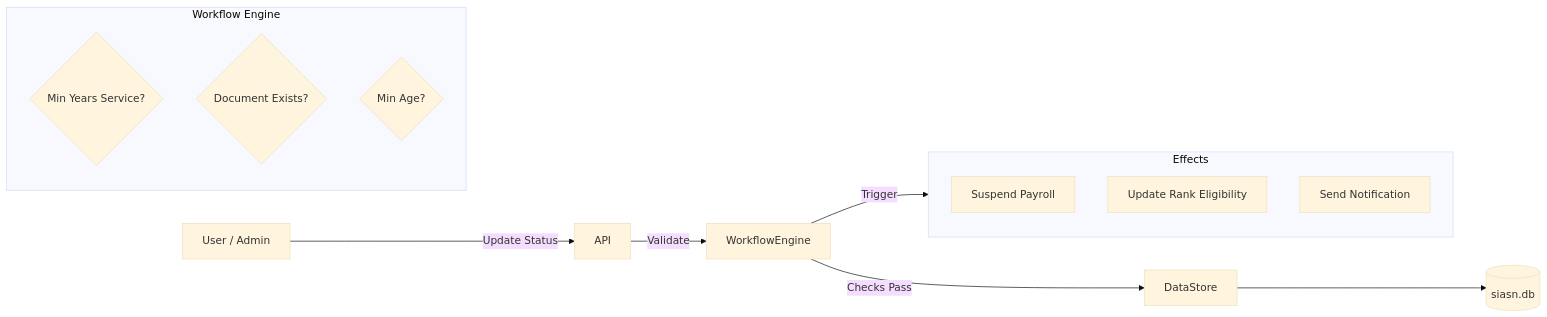
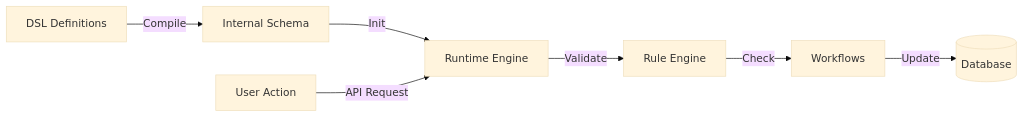
The diagram in docs/gurih-siasn.md (bungcip/gurih), drawn with Mermaid (base theme) before and after one commit. The commit also changed other lines of this file and 13 other files, not shown here.

````diff
--- a/docs/gurih-siasn.md
+++ b/docs/gurih-siasn.md
@@ -89,22 +79,10 @@
 ```mermaid
-graph LR
-    User[User / Admin] -->|Update Status| API
-    API -->|Validate| WorkflowEngine
+flowchart LR
+    DSL[DSL Definitions] -->|Compile| Schema[Internal Schema]
+    Schema -->|Init| Runtime[Runtime Engine]
 
-    subgraph "Workflow Engine"
-        Check1{Min Years Service?}
-        Check2{Document Exists?}
-        Check3{Min Age?}
-    end
-
-    WorkflowEngine -->|Checks Pass| DataStore
-    WorkflowEngine -->|Trigger| Effects
-
-    subgraph "Effects"
-        Payroll[Suspend Payroll]
-        Rank[Update Rank Eligibility]
-        Notify[Send Notification]
-    end
-
-    DataStore --> DB[(siasn.db)]
+    User[User Action] -->|API Request| Runtime
+    Runtime -->|Validate| Rules[Rule Engine]
+    Rules -->|Check| Workflows
+    Workflows -->|Update| DB[(Database)]
 ```
````
